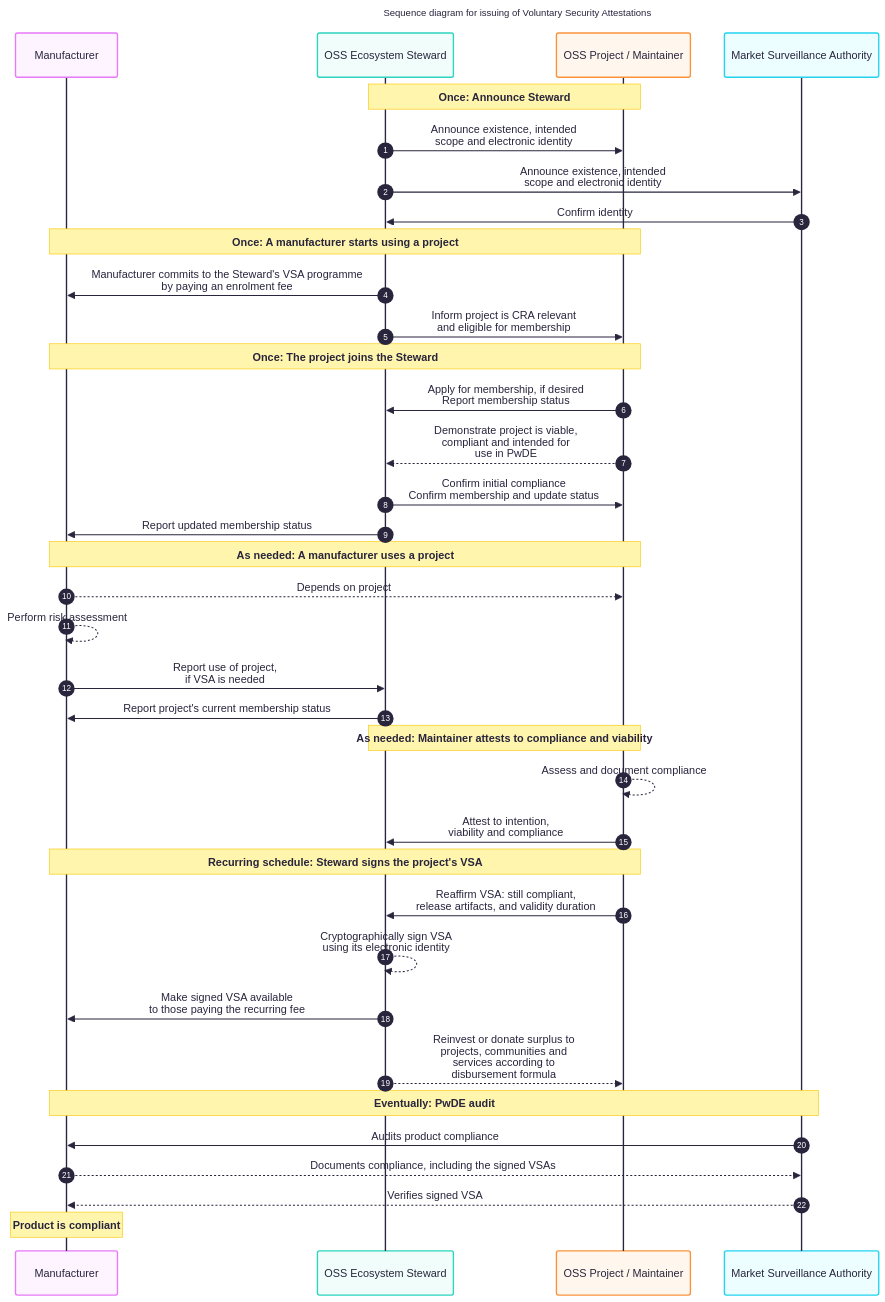
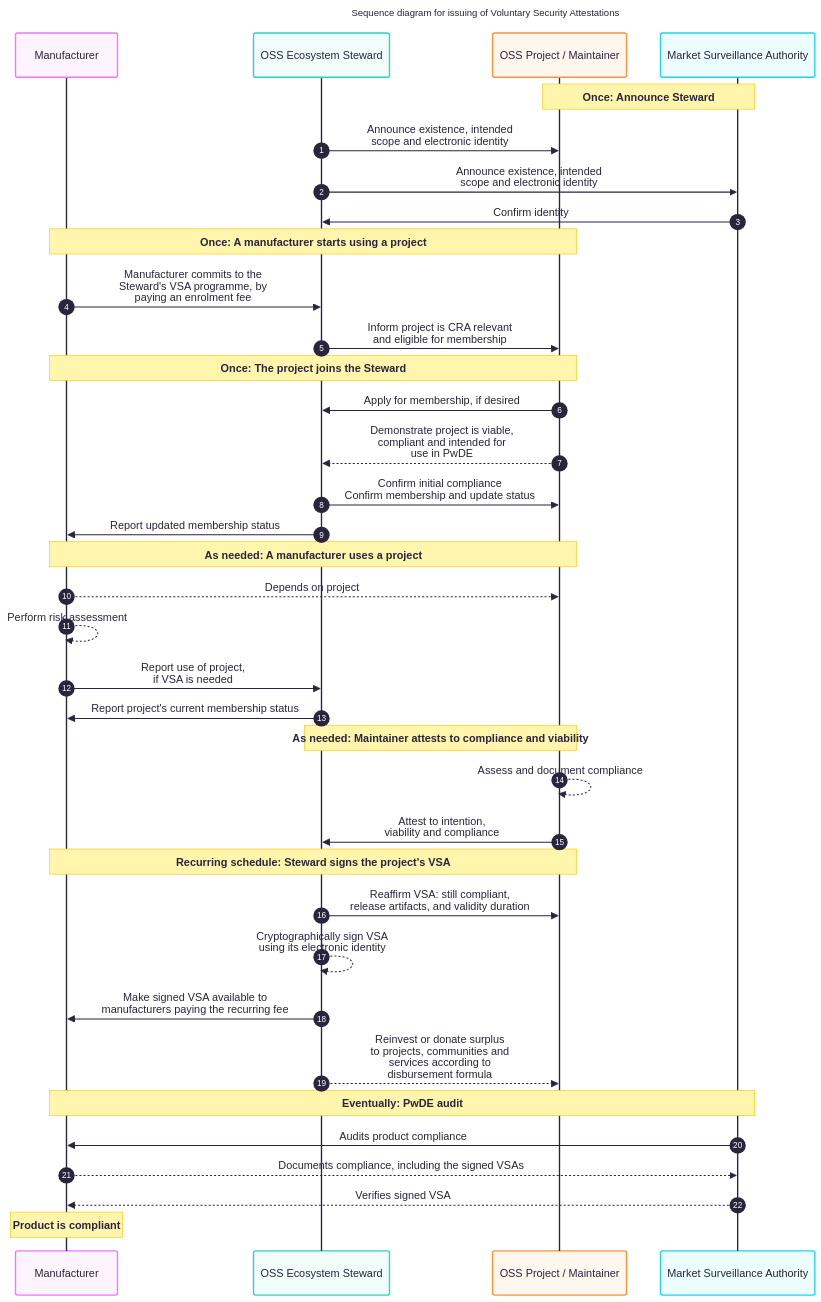
One commit to CPAN-Security/security.metacpan.org changed the diagram in docs/ecosystem-steward.md. Above: the diagram before and after it, drawn with Mermaid. The commit also changed other lines of this file, not shown here.

````diff
--- a/docs/ecosystem-steward.md
+++ b/docs/ecosystem-steward.md
@@ -263,45 +263,45 @@
 ```mermaid
 ---
 title: Sequence diagram for issuing of Voluntary Security Attestations
 config:
     theme: redux-color
     layout: elk
     look: classic
 ---
 sequenceDiagram
     autonumber
     participant MFG as Manufacturer
     participant ES as OSS Ecosystem Steward
     participant OSS as OSS Project / Maintainer
     participant MSA as Market Surveillance Authority
-    note over ES,OSS: Once: Announce Steward
+    note over OSS,MSA: Once: Announce Steward
     ES->>OSS:   Announce existence, intended<br>scope and electronic identity
     ES->>MSA:   Announce existence, intended<br>scope and electronic identity
     MSA->>ES:   Confirm identity
     note over MFG,OSS: Once: A manufacturer starts using a project
-    ES->>MFG:   Manufacturer commits to the Steward's VSA programme<br>by paying an enrolment fee
+    MFG->>ES:   Manufacturer commits to the<br>Steward's VSA programme, by<br>paying an enrolment fee
     ES->>OSS:   Inform project is CRA relevant<br>and eligible for membership
     note over MFG,OSS: Once: The project joins the Steward
-    OSS->>ES:   Apply for membership, if desired<br>Report membership status
+    OSS->>ES:   Apply for membership, if desired
     OSS-->>ES:  Demonstrate project is viable,<br> compliant and intended for<br>use in PwDE
     ES->>OSS:   Confirm initial compliance<br>Confirm membership and update status
     ES->>MFG:   Report updated membership status
     note over MFG,OSS: As needed: A manufacturer uses a project
     MFG-->>OSS: Depends on project
     MFG-->>MFG: Perform risk assessment
     MFG->>ES:   Report use of project,<br>if VSA is needed
     ES->>MFG:   Report project's current membership status
     note over ES,OSS: As needed: Maintainer attests to compliance and viability
     OSS-->>OSS:  Assess and document compliance
     OSS->>ES:    Attest to intention,<br>viability and compliance
     note over MFG,OSS: Recurring schedule: Steward signs the project's VSA
-    OSS->>ES:    Reaffirm VSA: still compliant,<br>release artifacts, and validity duration
+    ES->>OSS:    Reaffirm VSA: still compliant,<br>release artifacts, and validity duration
     ES-->>ES:    Cryptographically sign VSA<br>using its electronic identity
-    ES->>MFG:    Make signed VSA available<br>to those paying the recurring fee
-    ES-->>OSS:   Reinvest or donate surplus to<br>projects, communities and<br>services according to<br>disbursement formula
-    note over MSA,MFG: Eventually: PwDE audit
+    ES->>MFG:    Make signed VSA available to<br>manufacturers paying the recurring fee
+    ES-->>OSS:   Reinvest or donate surplus<br>to projects, communities and<br>services according to<br>disbursement formula
+    note over MFG,MSA: Eventually: PwDE audit
     MSA->>MFG:   Audits product compliance
     MFG-->>MSA:  Documents compliance, including the signed VSAs
     MSA-->>MFG:  Verifies signed VSA
     note over MFG: Product is compliant
 ```
````
